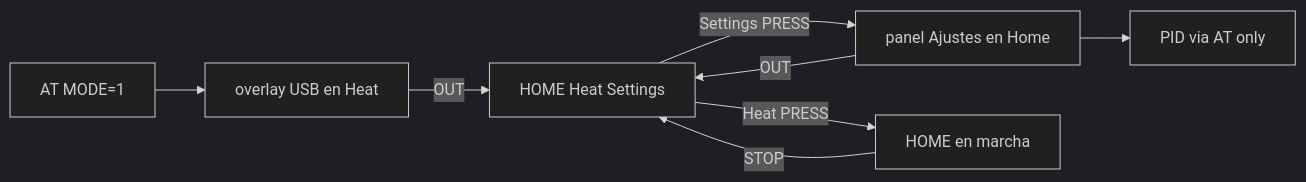
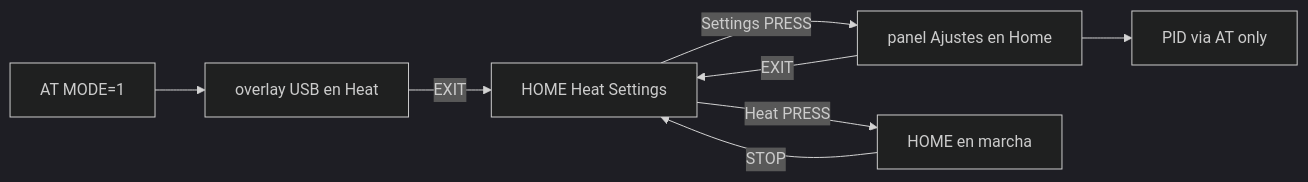
One commit to krisskira/smd-soldering-hotplate changed the second of 3 diagrams in firmware/avr/doc/architecture.md. Above: the diagram before and after it, drawn with Mermaid (dark theme). The commit also changed other lines of this file and 37 other files, not shown here.

````diff
--- a/firmware/avr/doc/architecture.md
+++ b/firmware/avr/doc/architecture.md
@@ -70,15 +70,15 @@
 ```mermaid
 flowchart LR
   home["HOME Heat Settings"]
   set["panel Ajustes en Home"]
   pid["PID via AT only"]
   run["HOME en marcha"]
   usb["overlay USB en Heat"]
   home -->|Heat PRESS| run
   home -->|Settings PRESS| set
-  set -->|OUT| home
+  set -->|EXIT| home
   set --> pid
   run -->|STOP| home
   atUsb["AT MODE=1"] --> usb
-  usb -->|OUT| home
+  usb -->|EXIT| home
 ```
````
